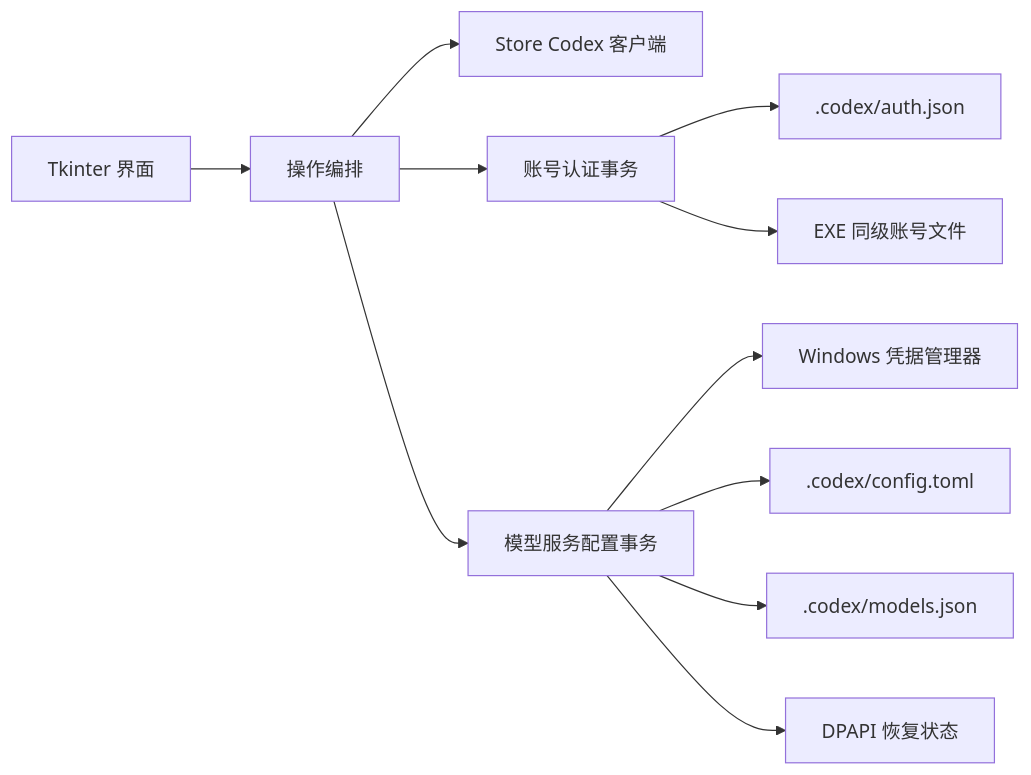
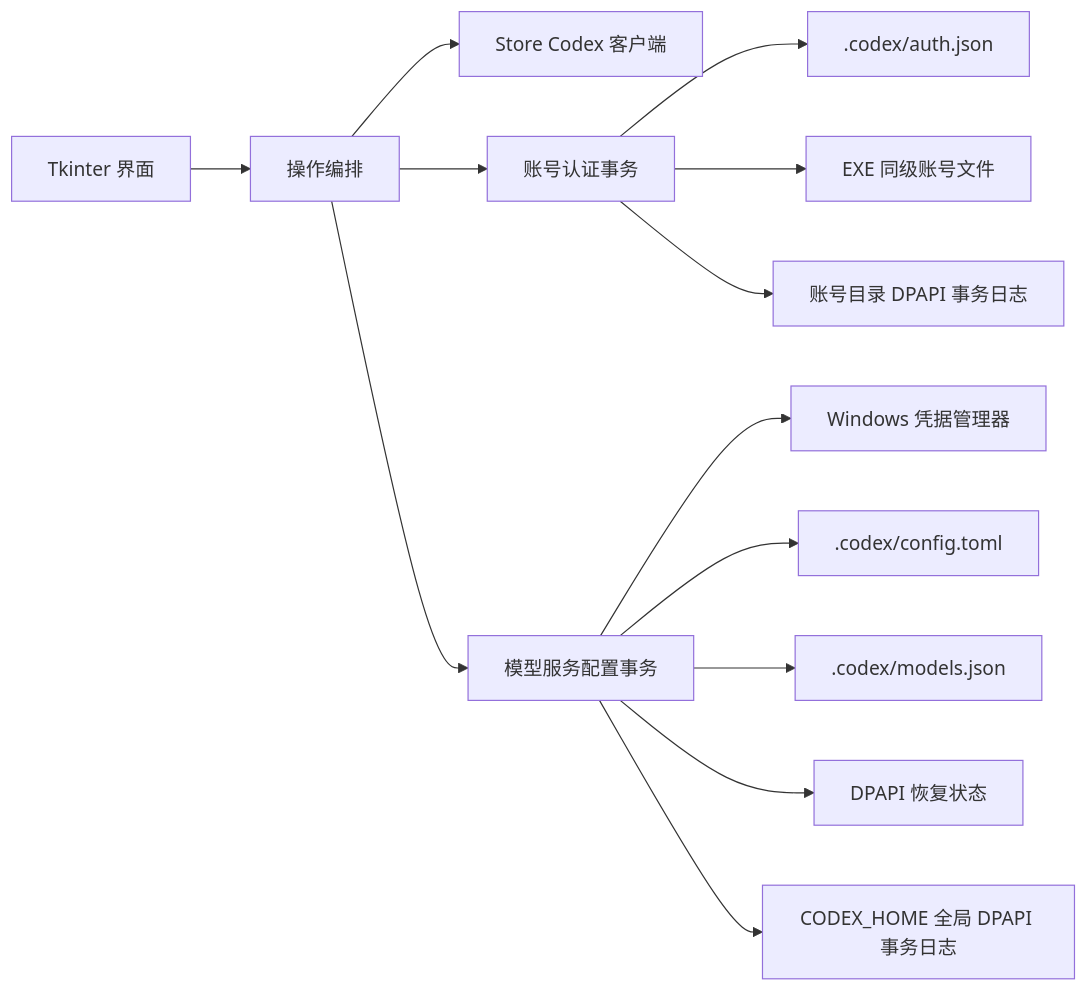
One commit to TheHeroRabbit/CodexAccountSwitcher changed the diagram in docs/ARCHITECTURE.md. Above: the diagram before and after it, drawn with Mermaid. The commit also changed other lines of this file and 26 other files, not shown here.

````diff
--- a/docs/ARCHITECTURE.md
+++ b/docs/ARCHITECTURE.md
@@ -20,13 +20,15 @@
 ```mermaid
 flowchart LR
     UI["Tkinter 界面"] --> ORCH["操作编排"]
     ORCH --> CLIENT["Store Codex 客户端"]
     ORCH --> ACCOUNT["账号认证事务"]
     ORCH --> PROVIDER["模型服务配置事务"]
     PROVIDER --> CRED["Windows 凭据管理器"]
     PROVIDER --> CONFIG[".codex/config.toml"]
     PROVIDER --> MODELS[".codex/models.json"]
     PROVIDER --> STATE["DPAPI 恢复状态"]
+    PROVIDER --> JOURNAL["CODEX_HOME 全局 DPAPI 事务日志"]
     ACCOUNT --> AUTH[".codex/auth.json"]
     ACCOUNT --> PROFILES["EXE 同级账号文件"]
+    ACCOUNT --> ACCOUNT_JOURNAL["账号目录 DPAPI 事务日志"]
 ```
````
